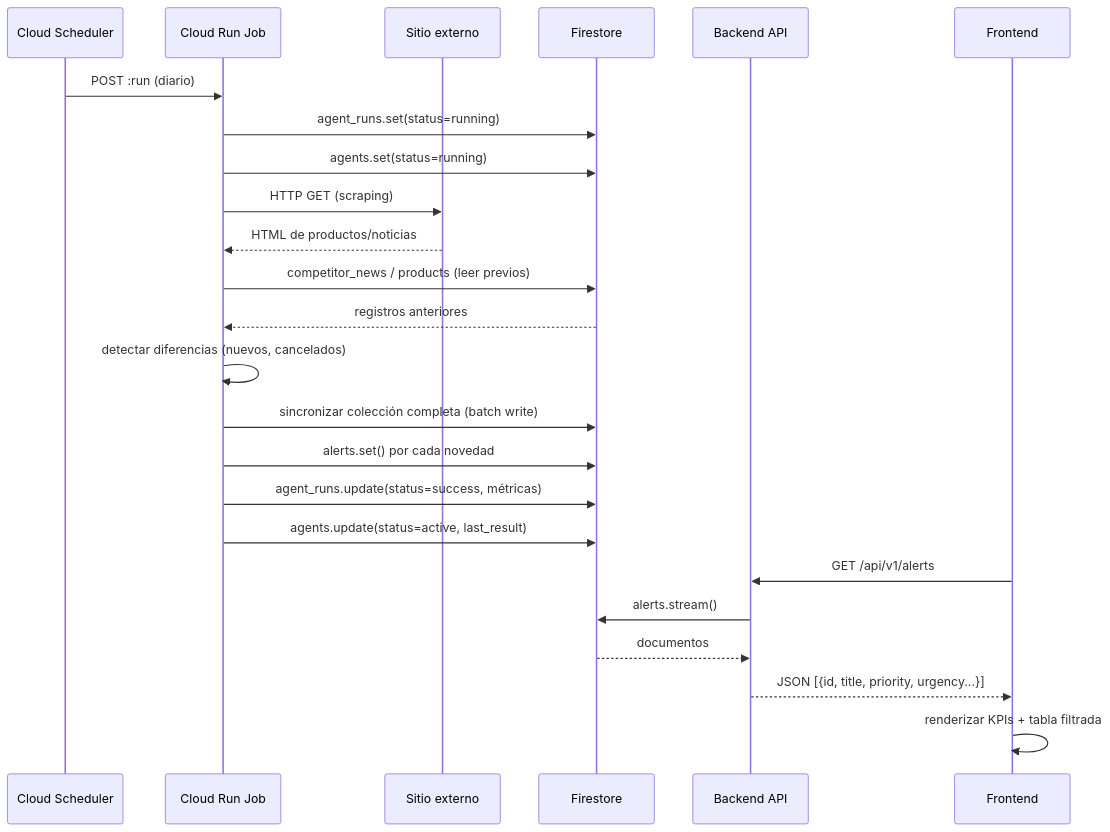
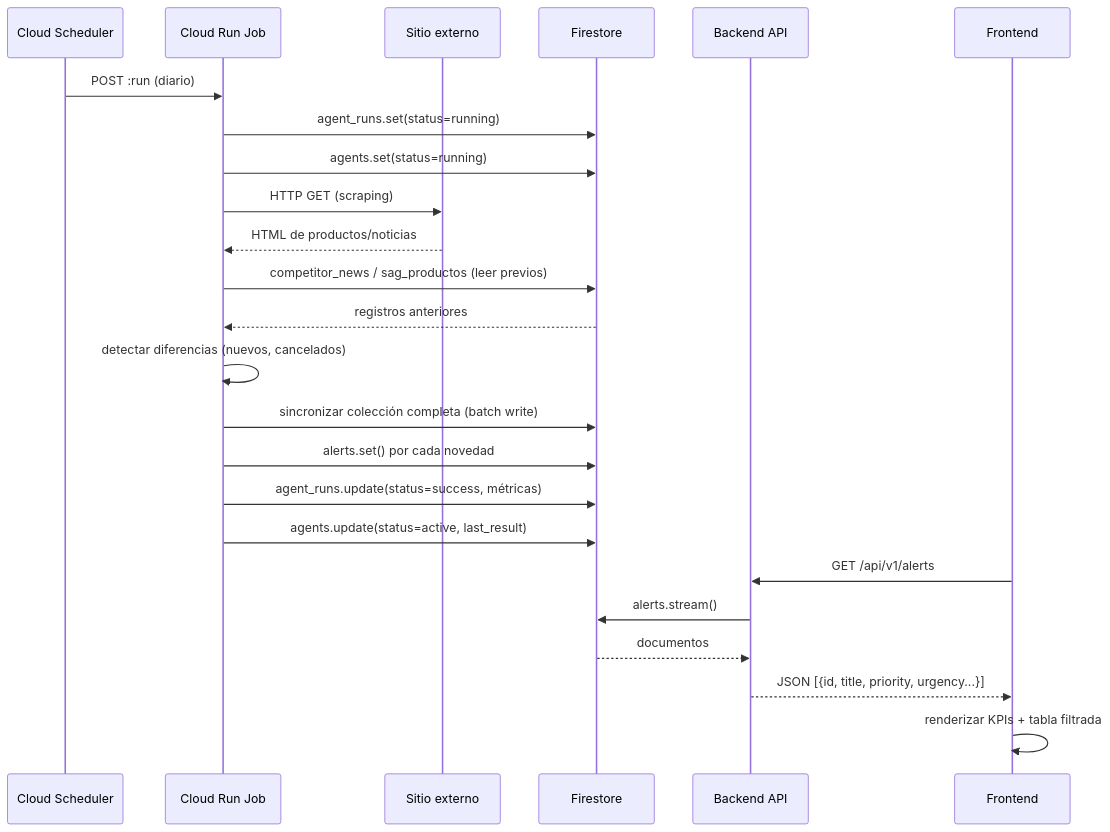
The second of 4 diagrams in ARCHITECTURE.md (M4UR1C1O0/Enci-intel-proyect), drawn with Mermaid before and after one commit. The commit also changed other lines of this file and 22 other files, not shown here.

````diff
--- a/ARCHITECTURE.md
+++ b/ARCHITECTURE.md
@@ -180,28 +174,28 @@
 ```mermaid
 sequenceDiagram
     participant SCH as Cloud Scheduler
     participant JOB as Cloud Run Job
     participant WEB as Sitio externo
     participant FS  as Firestore
     participant API as Backend API
     participant UI  as Frontend
 
     SCH->>JOB: POST :run (diario)
     JOB->>FS: agent_runs.set(status=running)
     JOB->>FS: agents.set(status=running)
     JOB->>WEB: HTTP GET (scraping)
     WEB-->>JOB: HTML de productos/noticias
-    JOB->>FS: competitor_news / products (leer previos)
+    JOB->>FS: competitor_news / sag_productos (leer previos)
     FS-->>JOB: registros anteriores
     JOB->>JOB: detectar diferencias (nuevos, cancelados)
     JOB->>FS: sincronizar colección completa (batch write)
     JOB->>FS: alerts.set() por cada novedad
     JOB->>FS: agent_runs.update(status=success, métricas)
     JOB->>FS: agents.update(status=active, last_result)
 
     UI->>API: GET /api/v1/alerts
     API->>FS: alerts.stream()
     FS-->>API: documentos
     API-->>UI: JSON [{id, title, priority, urgency...}]
     UI->>UI: renderizar KPIs + tabla filtrada
 ```
````
